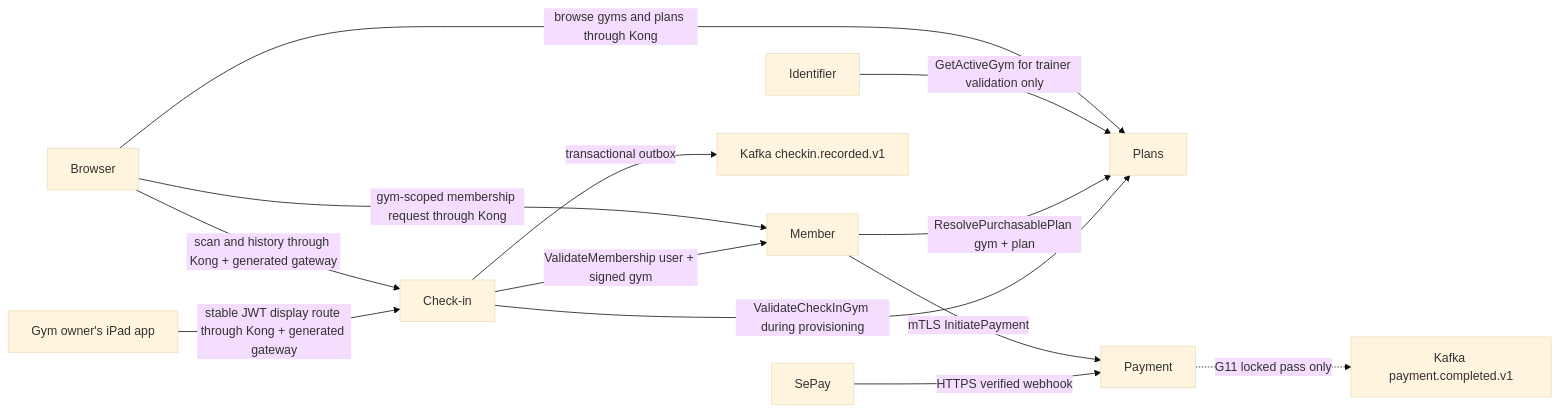
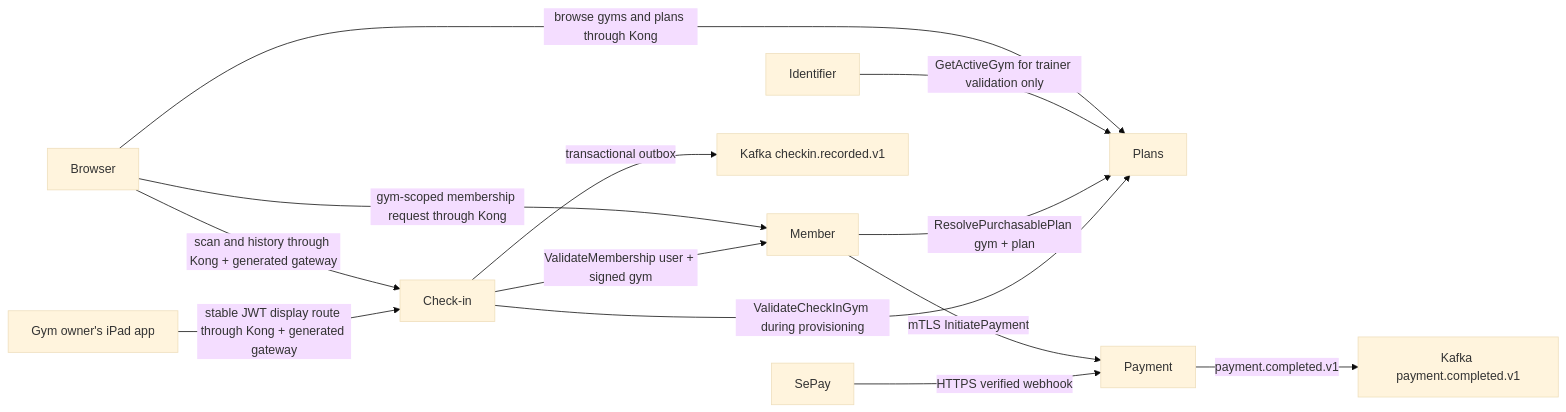
One commit to pploc/gym-architect changed the second of 2 diagrams in PLAN.md. Above: the diagram before and after it, drawn with Mermaid (base theme). The commit also changed other lines of this file and 10 other files, not shown here.

````diff
--- a/PLAN.md
+++ b/PLAN.md
@@ -46,15 +46,15 @@
 ```mermaid
 flowchart LR
     C[Browser] -->|browse gyms and plans through Kong| PL[Plans]
     C -->|gym-scoped membership request through Kong| MB[Member]
     C -->|scan and history through Kong + generated gateway| CI[Check-in]
     D[Gym owner's iPad app] -->|stable JWT display route through Kong + generated gateway| CI
     ID[Identifier] -->|GetActiveGym for trainer validation only| PL
     MB -->|ResolvePurchasablePlan gym + plan| PL
     CI -->|ValidateMembership user + signed gym| MB
     CI -->|ValidateCheckInGym during provisioning| PL
     CI -->|transactional outbox| K[Kafka checkin.recorded.v1]
     MB -->|mTLS InitiatePayment| PM[Payment]
     SP[SePay] -->|HTTPS verified webhook| PM
-    PM -.->|G11 locked pass only| PK[Kafka payment.completed.v1]
+    PM -->|payment.completed.v1| PK[Kafka payment.completed.v1]
 ```
````
